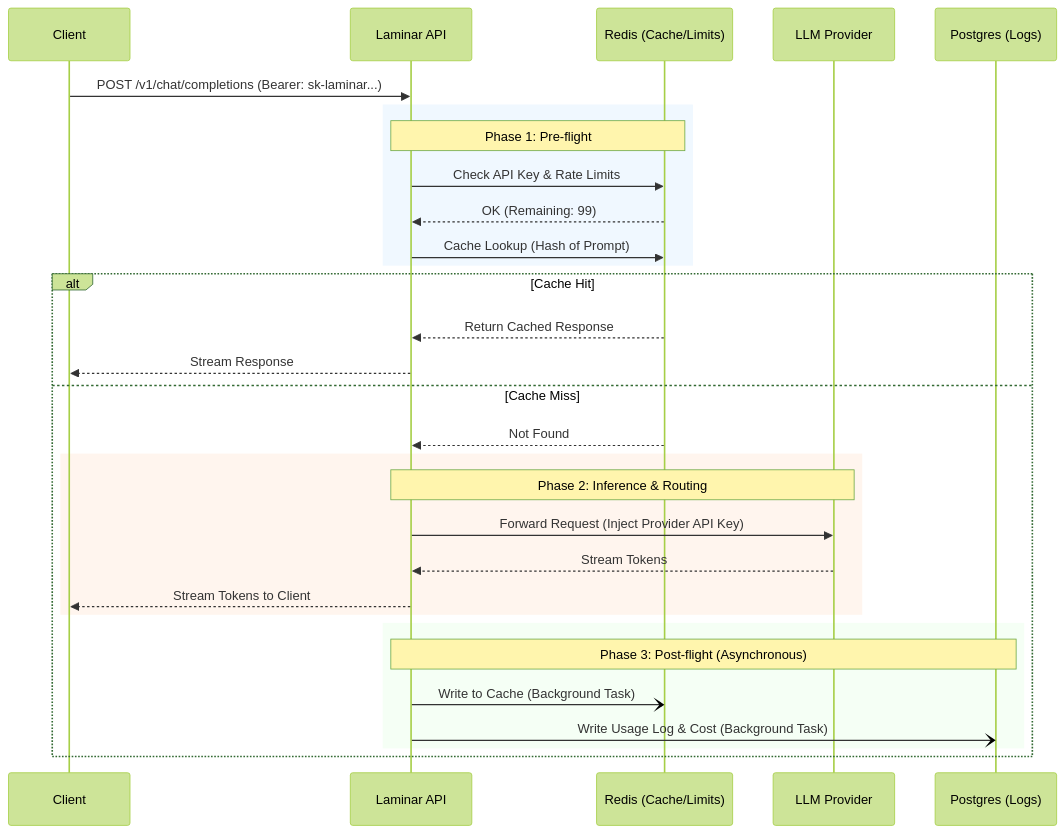
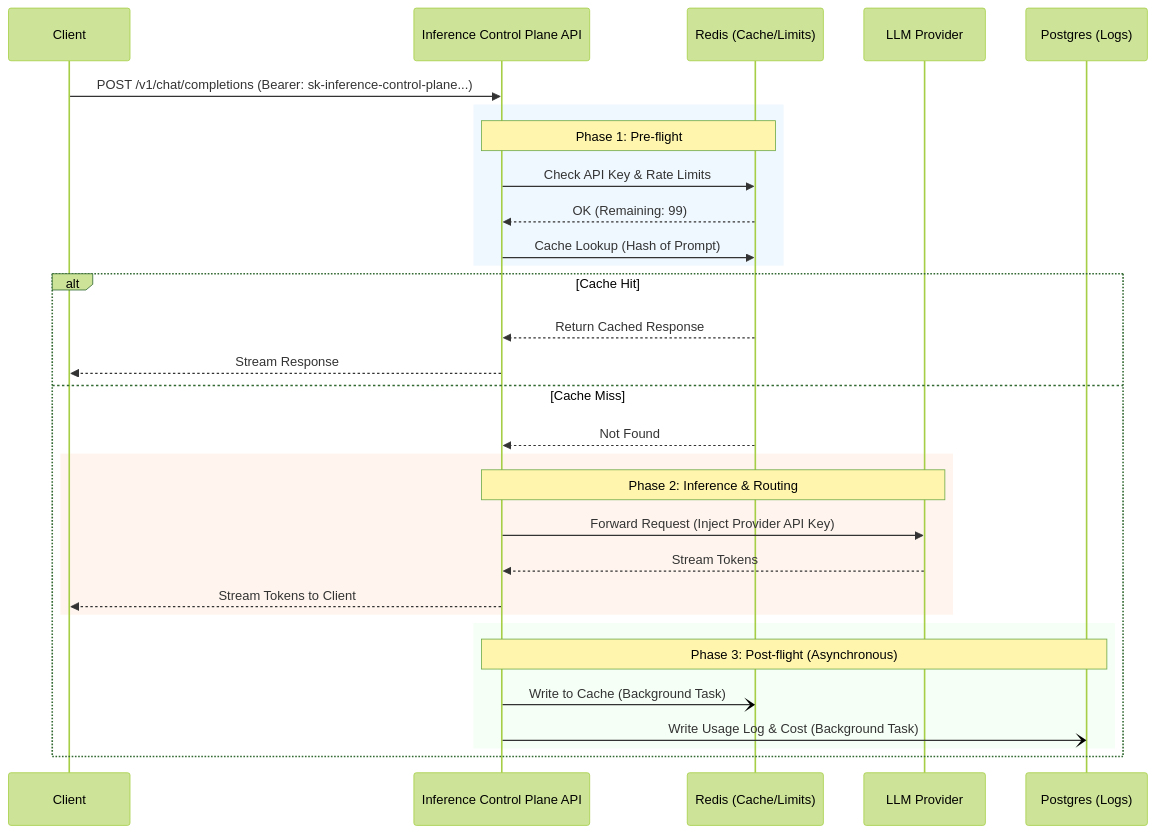
One commit to DARREN-2000/Inference-Control-Plane changed the diagram in docs/architecture.md. Above: the diagram before and after it, drawn with Mermaid (forest theme). The commit also changed other lines of this file and 37 other files, not shown here.

Commit message:
Fix reliability coverage and rename Laminar to Inference Control Plane

````diff
--- a/docs/architecture.md
+++ b/docs/architecture.md
@@ -20,37 +20,37 @@
 ```mermaid
 sequenceDiagram
     participant Client
-    participant API as Laminar API
+    participant API as Inference Control Plane API
     participant Redis as Redis (Cache/Limits)
     participant Model as LLM Provider
     participant DB as Postgres (Logs)
 
-    Client->>API: POST /v1/chat/completions (Bearer: sk-laminar...)
+    Client->>API: POST /v1/chat/completions (Bearer: sk-inference-control-plane...)
 
     rect rgb(240, 248, 255)
         Note over API,Redis: Phase 1: Pre-flight
         API->>Redis: Check API Key & Rate Limits
         Redis-->>API: OK (Remaining: 99)
         API->>Redis: Cache Lookup (Hash of Prompt)
     end
 
     alt Cache Hit
         Redis-->>API: Return Cached Response
         API-->>Client: Stream Response
     else Cache Miss
         Redis-->>API: Not Found
 
         rect rgb(255, 245, 238)
             Note over API,Model: Phase 2: Inference & Routing
             API->>Model: Forward Request (Inject Provider API Key)
             Model-->>API: Stream Tokens
             API-->>Client: Stream Tokens to Client
         end
 
         rect rgb(245, 255, 245)
             Note over API,DB: Phase 3: Post-flight (Asynchronous)
             API-)Redis: Write to Cache (Background Task)
             API-)DB: Write Usage Log & Cost (Background Task)
         end
     end
 ```
````
